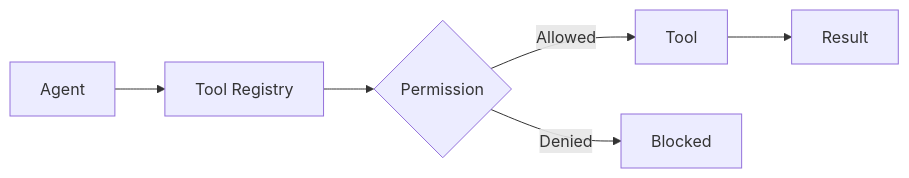
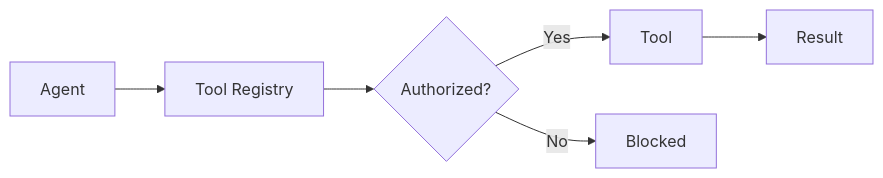
The eighth of 26 diagrams in README.md (Rogerio5/INNA-AI-Engineering-Portfolio), drawn with Mermaid before and after one commit. The commit also changed other lines of this file, not shown here.

````diff
--- a/README.md
+++ b/README.md
@@ -311,15 +340,14 @@
 ```mermaid
 flowchart LR
 
     AGENT[Agent]
 
     AGENT --> REGISTRY[Tool Registry]
 
-    REGISTRY --> PERMISSION{Permission}
+    REGISTRY --> AUTH{Authorized?}
 
-    PERMISSION -->|Allowed| TOOL[Tool]
-
-    PERMISSION -->|Denied| BLOCK[Blocked]
+    AUTH -->|Yes| TOOL[Tool]
+    AUTH -->|No| BLOCK[Blocked]
 
     TOOL --> RESULT[Result]
 ```
````
